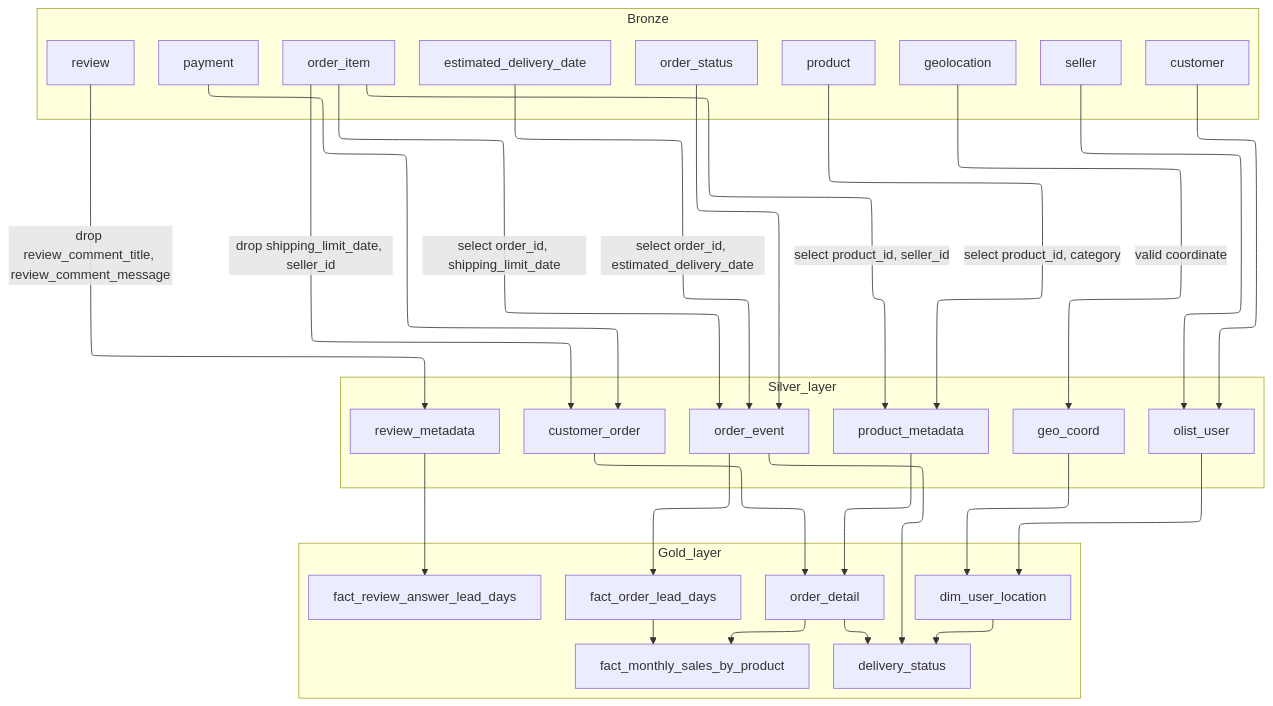
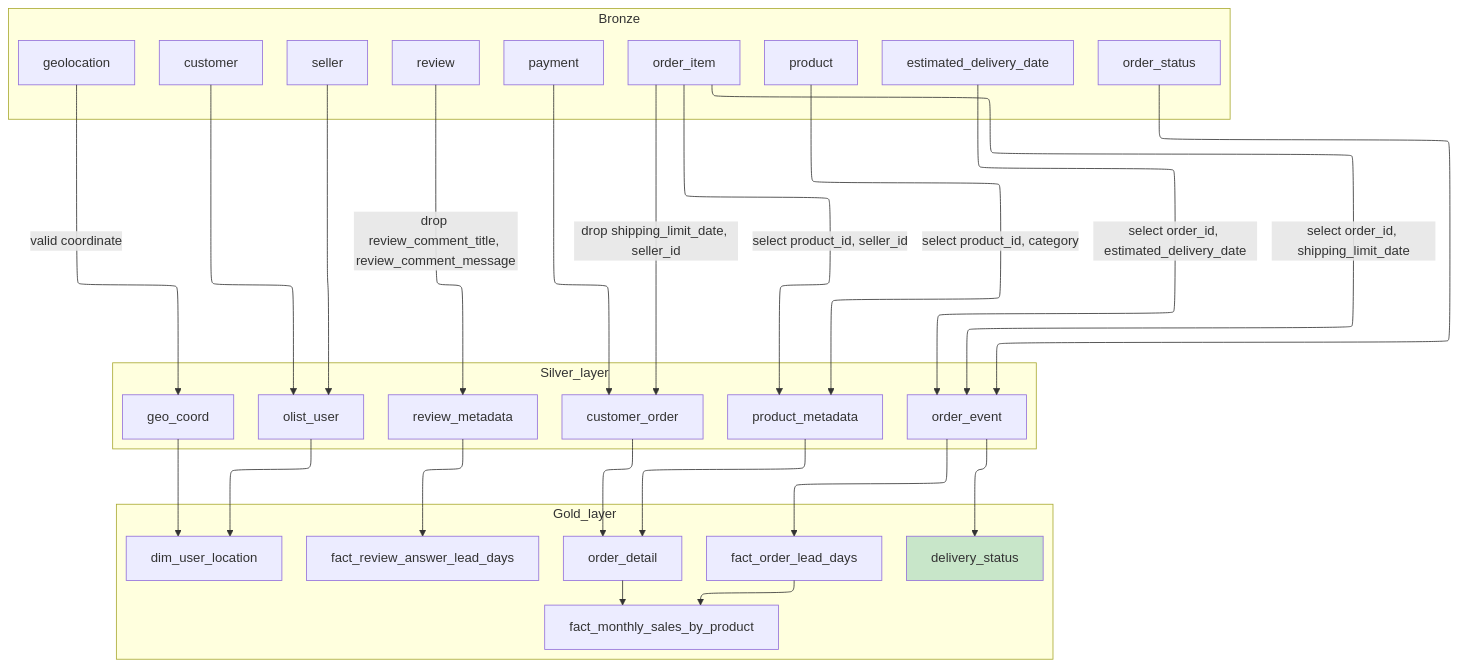
One commit to jmhwang-dev/e-commerce changed the diagram in docs/pipeline.mmd. Above: the diagram before and after it, drawn with Mermaid.

Commit message:
fix(docs): highlight  used exclusively in stream processing

```diff
--- a/docs/pipeline.mmd
+++ b/docs/pipeline.mmd
@@ -1,52 +1,52 @@
 ---
 config:
   layout: elk
 ---
 flowchart TD
  subgraph Kafka_Topics["Bronze"]
         order_status["order_status"]
         order_item["order_item"]
         estimated_delivery_date["estimated_delivery_date"]
         product["product"]
         payment["payment"]
         customer["customer"]
         seller["seller"]
         geolocation["geolocation"]
         review["review"]
   end
  subgraph Silver_layer["Silver_layer"]
         order_event["order_event"]
         customer_order["customer_order"]
         product_metadata["product_metadata"]
         olist_user["olist_user"]
         geo_coord["geo_coord"]
         review_metadata["review_metadata"]
   end
  subgraph Gold_layer["Gold_layer"]
         fact_order_lead_days["fact_order_lead_days"]
         order_detail["order_detail"]
         dim_user_location["dim_user_location"]
         fact_monthly_sales_by_product["fact_monthly_sales_by_product"]
         fact_review_answer_lead_days["fact_review_answer_lead_days"]
         delivery_status["delivery_status"]
   end
     order_status --> order_event
     order_item -- drop shipping_limit_date, seller_id --> customer_order
     order_item -- select order_id, shipping_limit_date --> order_event
     estimated_delivery_date -- select order_id, estimated_delivery_date --> order_event
     product -- select product_id, category --> product_metadata
     review -- drop review_comment_title, review_comment_message --> review_metadata
     review_metadata --> fact_review_answer_lead_days
     order_event --> fact_order_lead_days & delivery_status
     order_item -- select product_id, seller_id --> product_metadata
     payment --> customer_order
     product_metadata --> order_detail
     customer_order --> order_detail
     fact_order_lead_days --> fact_monthly_sales_by_product
     olist_user --> dim_user_location
     geo_coord --> dim_user_location
     seller --> olist_user
     customer --> olist_user
     geolocation -- valid coordinate --> geo_coord
-    order_detail --> fact_monthly_sales_by_product & delivery_status
-    dim_user_location --> delivery_status
+    order_detail --> fact_monthly_sales_by_product
+    style delivery_status fill:#C8E6C9
```
